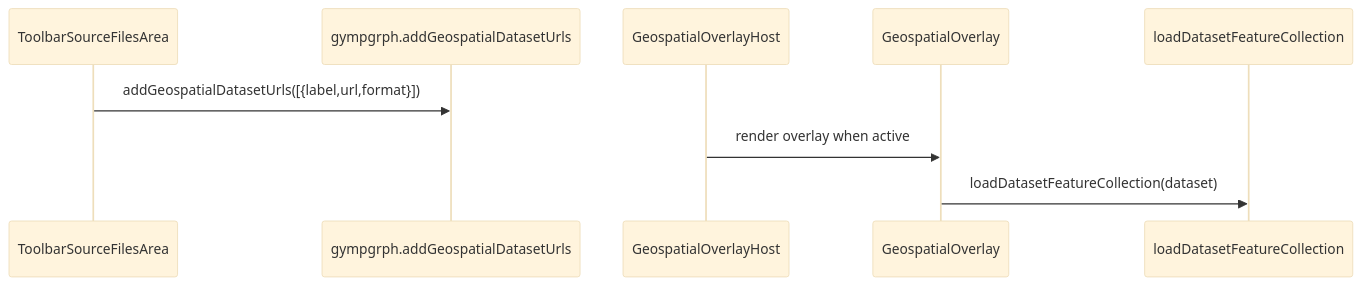
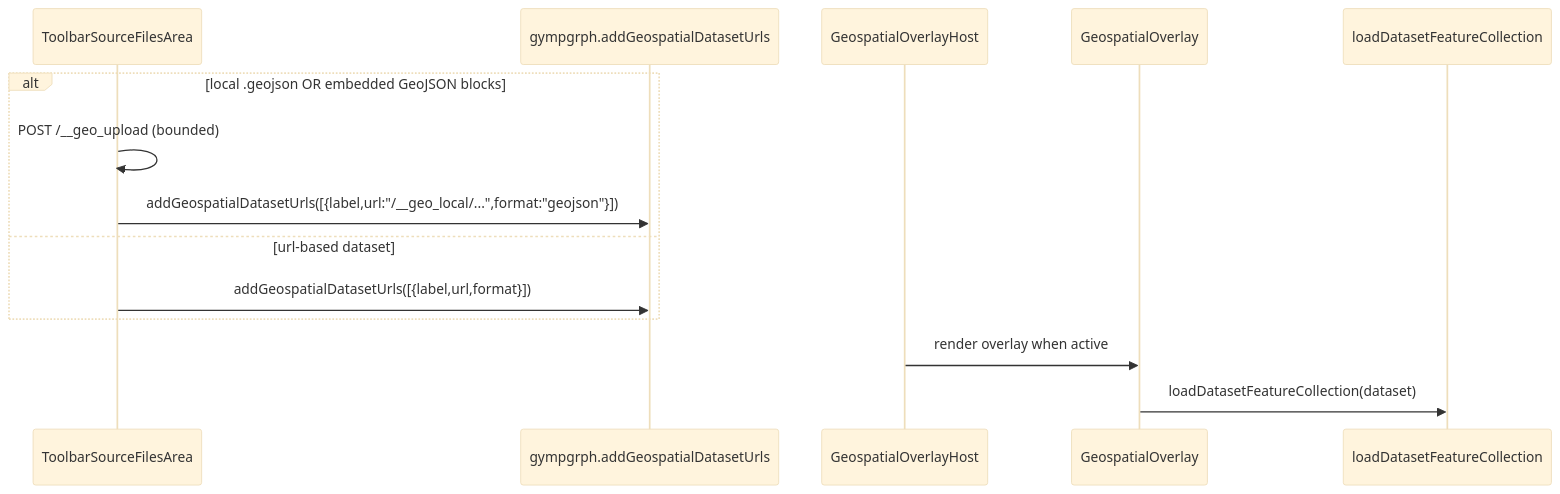
Before and after one commit to huijoohwee/knowgrph: the third of 3 diagrams in docs/documents/knowgrph-source-files-import-document.md, drawn with Mermaid (base theme). The commit also changed other lines of this file and 49 other files, not shown here.

````diff
--- a/docs/documents/knowgrph-source-files-import-document.md
+++ b/docs/documents/knowgrph-source-files-import-document.md
@@ -76,12 +78,17 @@
 ```mermaid
 sequenceDiagram
   participant UI as ToolbarSourceFilesArea
   participant M as gympgrph.addGeospatialDatasetUrls
   participant H as GeospatialOverlayHost
   participant O as GeospatialOverlay
   participant L as loadDatasetFeatureCollection
 
-  UI->>M: addGeospatialDatasetUrls([{label,url,format}])
+  alt local .geojson OR embedded GeoJSON blocks
+    UI->>UI: POST /__geo_upload (bounded)
+    UI->>M: addGeospatialDatasetUrls([{label,url:"/__geo_local/...",format:"geojson"}])
+  else url-based dataset
+    UI->>M: addGeospatialDatasetUrls([{label,url,format}])
+  end
   H->>O: render overlay when active
   O->>L: loadDatasetFeatureCollection(dataset)
 ```
````
